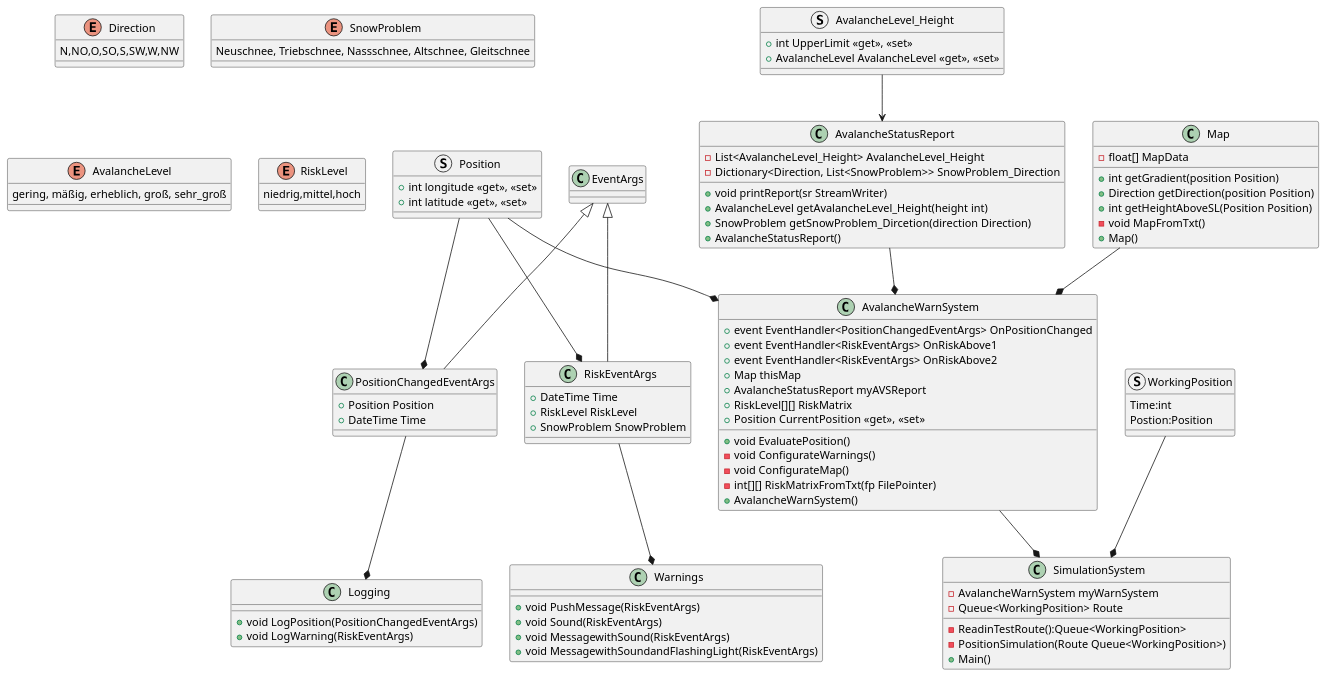
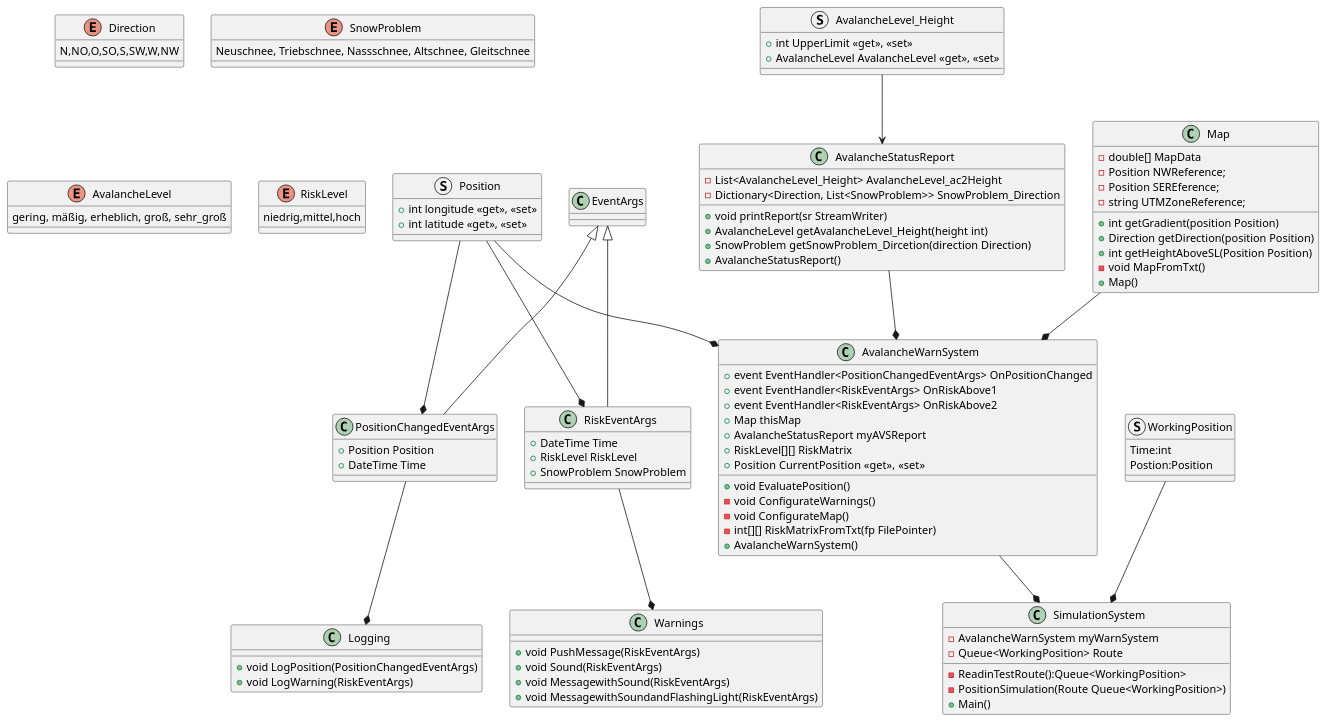
Before and after one commit to ganz-anders/poorgrammar: the diagram in ClassDiagram.puml, drawn with PlantUML.

Commit message:
updated class diagram

```diff
--- a/ClassDiagram.puml
+++ b/ClassDiagram.puml
@@ -1,124 +1,127 @@
 @startuml ClassDiagram
 enum Direction
 {
     N,NO,O,SO,S,SW,W,NW
 }
 
 enum SnowProblem
 {
     Neuschnee, Triebschnee, Nassschnee, Altschnee, Gleitschnee
 }
 
 enum AvalancheLevel
 {
     gering, mäßig, erheblich, groß, sehr_groß
 }
 
 enum RiskLevel
 {
     niedrig,mittel,hoch
 }
 
 struct Position
 {
     + int longitude <<get>>, <<set>>
     + int latitude <<get>>, <<set>>
 }
 
 struct AvalancheLevel_Height
 {
     + int UpperLimit <<get>>, <<set>>
     + AvalancheLevel AvalancheLevel <<get>>, <<set>>
 }
 
 class AvalancheStatusReport
 {
-    - List<AvalancheLevel_Height> AvalancheLevel_Height
+    - List<AvalancheLevel_Height> AvalancheLevel_ac2Height
     - Dictionary<Direction, List<SnowProblem>> SnowProblem_Direction
     + void printReport(sr StreamWriter)
     + AvalancheLevel getAvalancheLevel_Height(height int)
     + SnowProblem getSnowProblem_Dircetion(direction Direction)
     + AvalancheStatusReport()
 }
 
 class Map
 {
-    - float[] MapData
+    - double[] MapData
+    - Position NWReference;
+    - Position SEREference;
+    - string UTMZoneReference;
     + int getGradient(position Position)
     + Direction getDirection(position Position)
     + int getHeightAboveSL(Position Position)
     - void MapFromTxt()
     + Map()
 }
 
 class Warnings
 {
     + void PushMessage(RiskEventArgs)
     + void Sound(RiskEventArgs)
     + void MessagewithSound(RiskEventArgs)
     + void MessagewithSoundandFlashingLight(RiskEventArgs)
 }
 
 class Logging
 {
     + void LogPosition(PositionChangedEventArgs)
     + void LogWarning(RiskEventArgs)
 }
 
 class PositionChangedEventArgs
 {
     + Position Position
     + DateTime Time
 }
 
 class RiskEventArgs
 {
     + DateTime Time
     + RiskLevel RiskLevel
     + SnowProblem SnowProblem
 }
 
 class AvalancheWarnSystem
 {
     + event EventHandler<PositionChangedEventArgs> OnPositionChanged
     + event EventHandler<RiskEventArgs> OnRiskAbove1
     + event EventHandler<RiskEventArgs> OnRiskAbove2
     + Map thisMap
     + AvalancheStatusReport myAVSReport
     + RiskLevel[][] RiskMatrix
     + Position CurrentPosition <<get>>,  <<set>>
     + void EvaluatePosition()
     - void ConfigurateWarnings()
     - void ConfigurateMap()
     - int[][] RiskMatrixFromTxt(fp FilePointer)  
     + AvalancheWarnSystem()
 }
 
 struct WorkingPosition
 {
     Time:int
     Postion:Position    
 }
 class SimulationSystem
 {
     - AvalancheWarnSystem myWarnSystem
     - Queue<WorkingPosition> Route
     - ReadinTestRoute():Queue<WorkingPosition>
     - PositionSimulation(Route Queue<WorkingPosition>)
     + Main()
 }
 
 RiskEventArgs --* Warnings
 PositionChangedEventArgs --* Logging
 EventArgs <|-- RiskEventArgs
 EventArgs <|-- PositionChangedEventArgs
 AvalancheLevel_Height --> AvalancheStatusReport
 Position --* RiskEventArgs
 Position --* PositionChangedEventArgs
 Position --* AvalancheWarnSystem
 AvalancheStatusReport --* AvalancheWarnSystem
 Map --* AvalancheWarnSystem
 AvalancheWarnSystem --* SimulationSystem
 WorkingPosition --* SimulationSystem
 
 @enduml
```
